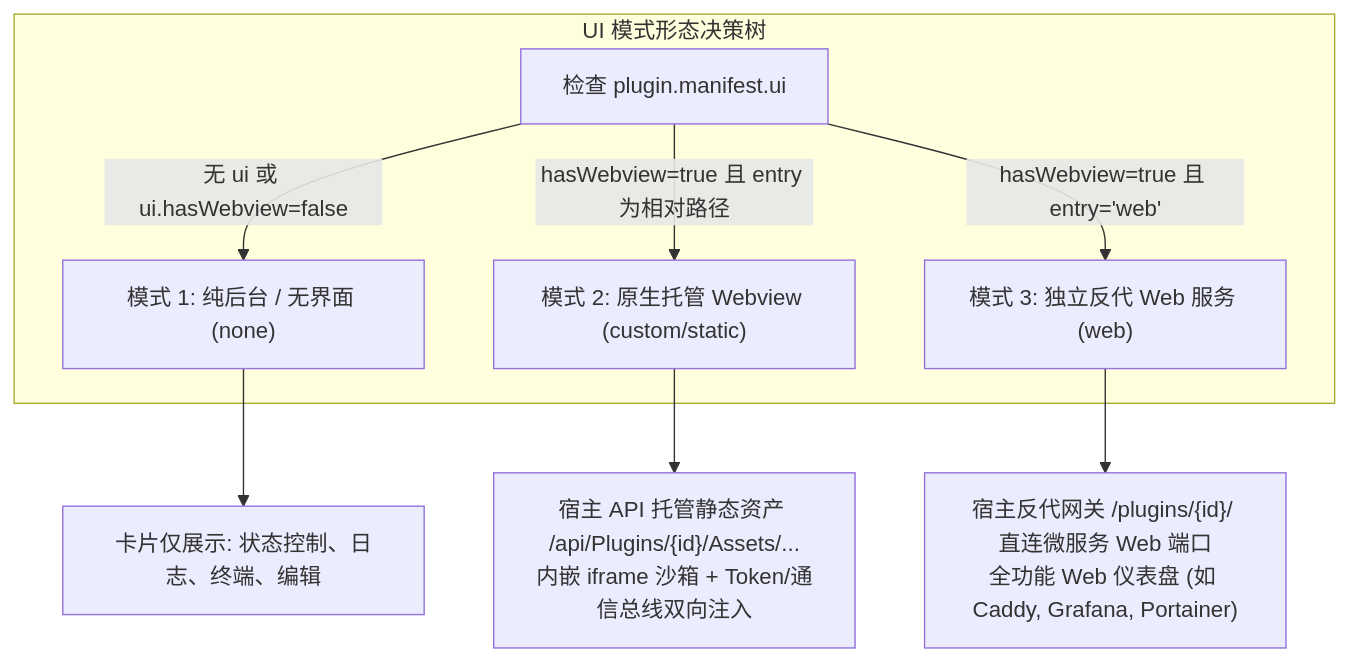
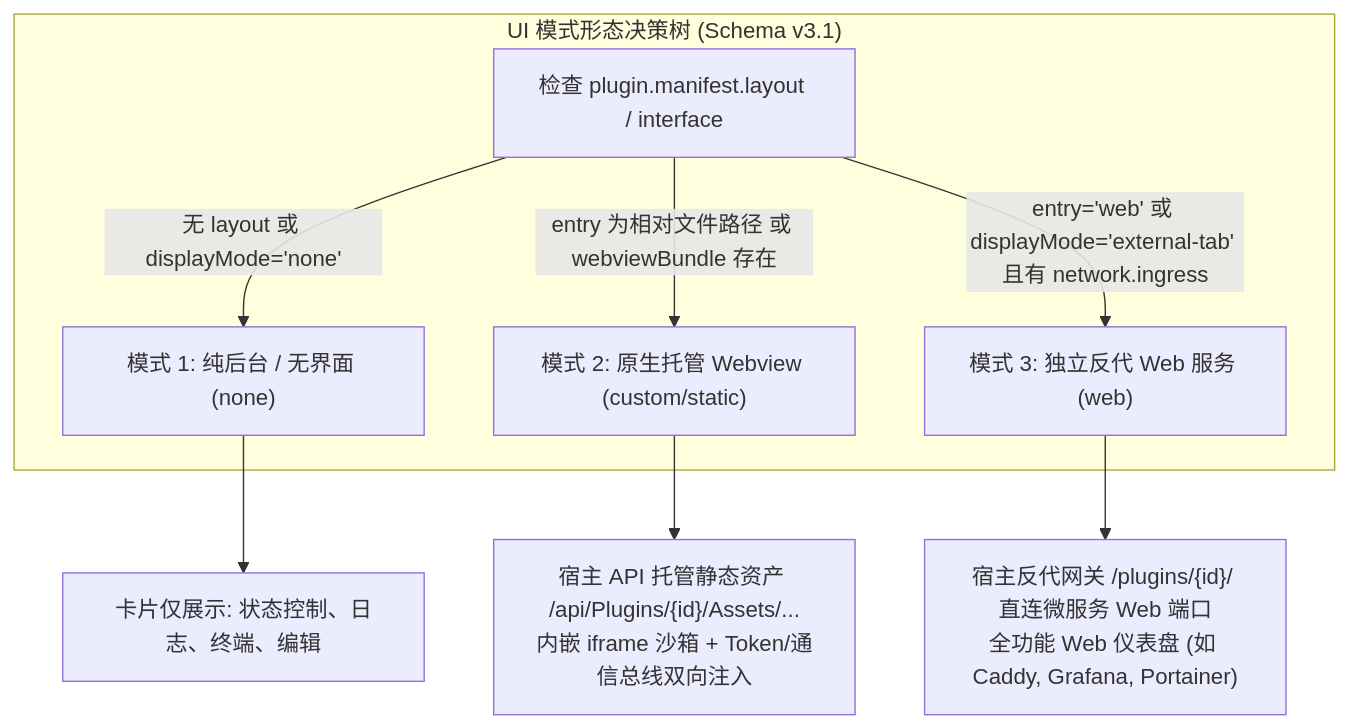
One commit to csvkse/LWT changed the first of 2 diagrams in docs/plugin-development-guide/02-ui-modes-and-webview-integration.md. Above: the diagram before and after it, drawn with Mermaid. The commit also changed other lines of this file and 499 other files, not shown here.

````diff
--- a/docs/plugin-development-guide/02-ui-modes-and-webview-integration.md
+++ b/docs/plugin-development-guide/02-ui-modes-and-webview-integration.md
@@ -11,12 +11,12 @@
 ```mermaid
 graph TD
-    subgraph "UI 模式形态决策树"
-        A["检查 plugin.manifest.ui"] -->|无 ui 或 ui.hasWebview=false| M1["模式 1: 纯后台 / 无界面 (none)"]
-        A -->|hasWebview=true 且 entry 为相对路径| M2["模式 2: 原生托管 Webview (custom/static)"]
-        A -->|hasWebview=true 且 entry='web'| M3["模式 3: 独立反代 Web 服务 (web)"]
+    subgraph "UI 模式形态决策树 (Schema v3.1)"
+        A["检查 plugin.manifest.layout / interface"] -->|无 layout 或 displayMode='none'| M1["模式 1: 纯后台 / 无界面 (none)"]
+        A -->|entry 为相对文件路径 或 webviewBundle 存在| M2["模式 2: 原生托管 Webview (custom/static)"]
+        A -->|entry='web' 或 displayMode='external-tab' 且有 network.ingress| M3["模式 3: 独立反代 Web 服务 (web)"]
     end
 
     M1 --> O1["卡片仅展示: 状态控制、日志、终端、编辑"]
     M2 --> O2["宿主 API 托管静态资产 /api/Plugins/{id}/Assets/...<br/>内嵌 iframe 沙箱 + Token/通信总线双向注入"]
     M3 --> O3["宿主反代网关 /plugins/{id}/ 直连微服务 Web 端口<br/>全功能 Web 仪表盘 (如 Caddy, Grafana, Portainer)"]
 ```
````
